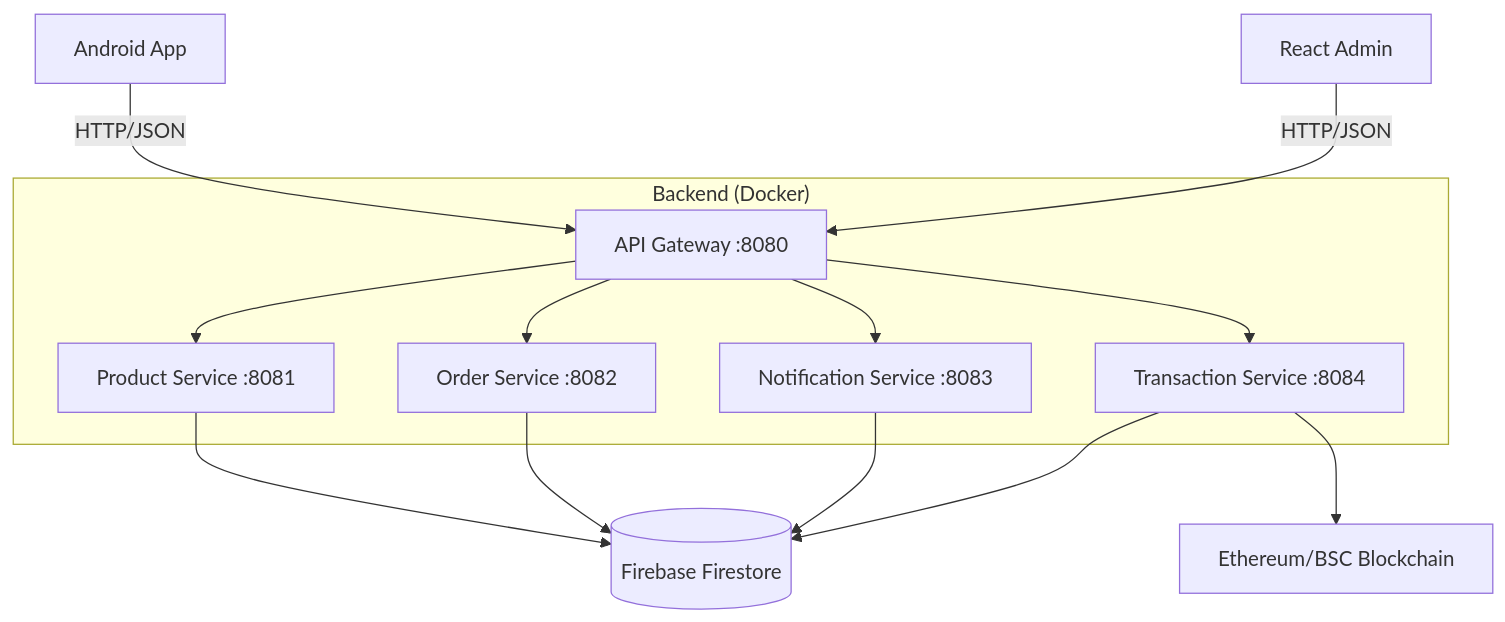
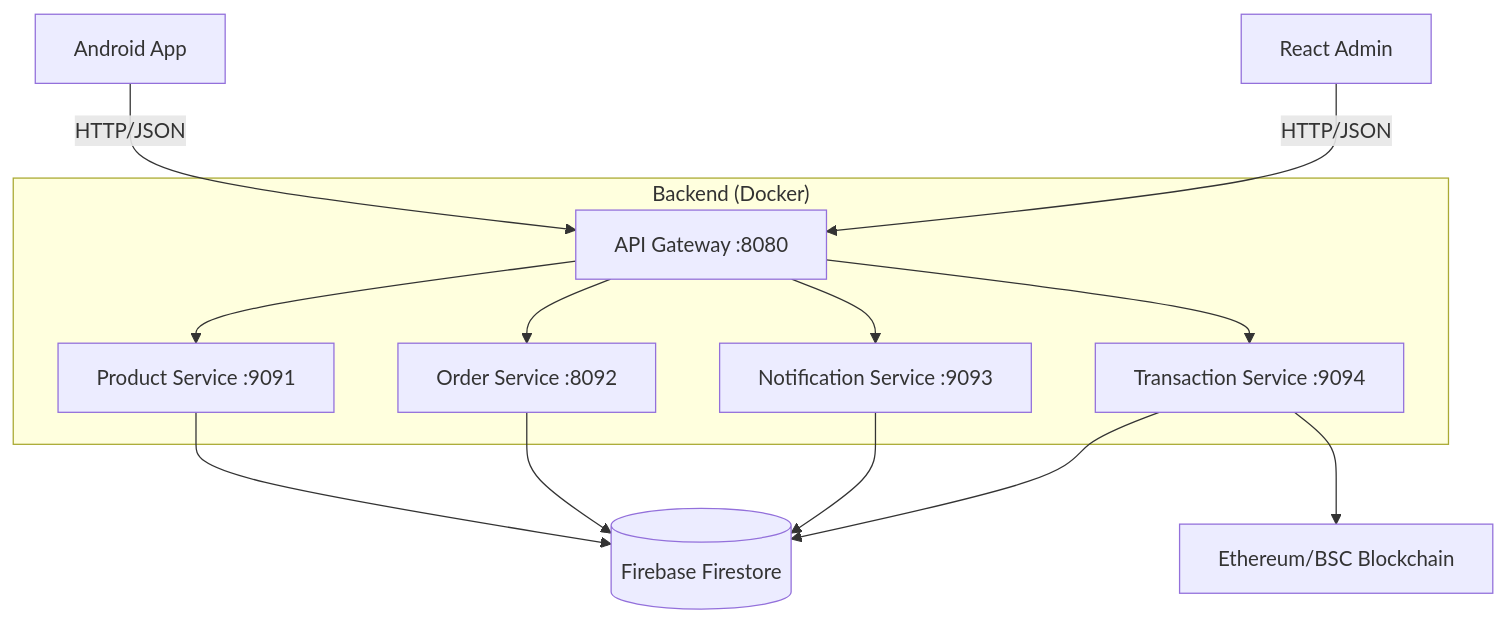
Before and after one commit to hongleap/Mobile-App---RUPP-A1: the diagram in README.md, drawn with Mermaid. The commit also changed other lines of this file and 12 other files, not shown here.

````diff
--- a/README.md
+++ b/README.md
@@ -37,15 +37,15 @@
 ```mermaid
 graph TD
     A[Android App] -->|HTTP/JSON| B[API Gateway :8080]
     C[React Admin] -->|HTTP/JSON| B
     
     subgraph "Backend (Docker)"
-    B --> D[Product Service :8081]
-    B --> E[Order Service :8082]
-    B --> F[Notification Service :8083]
-    B --> G[Transaction Service :8084]
+    B --> D[Product Service :9091]
+    B --> E[Order Service :8092]
+    B --> F[Notification Service :9093]
+    B --> G[Transaction Service :9094]
     end
     
     D & E & F & G --> H[(Firebase Firestore)]
     G --> I[Ethereum/BSC Blockchain]
 ```
````
